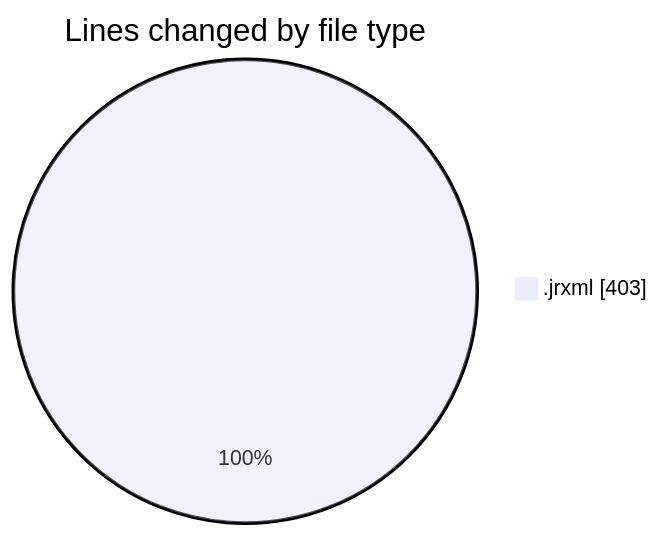
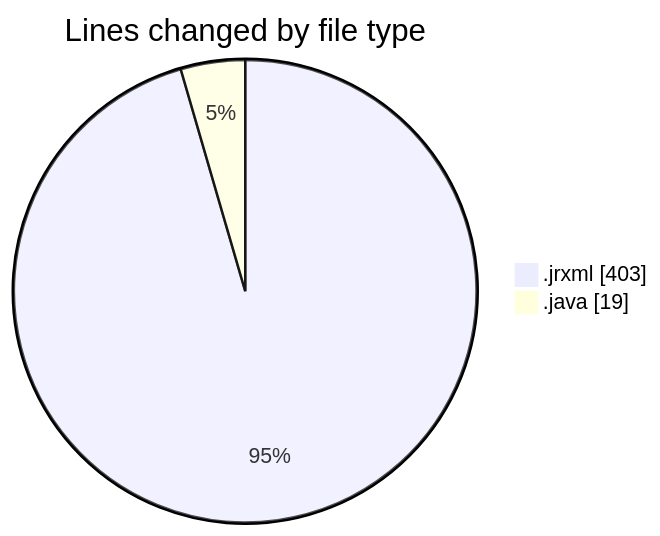
Before and after one commit to ricardozamudiocil/code-tracking: the first of 2 diagrams in 2026-09-17/cilreports__workspace_/README.md, drawn with Mermaid. The commit also changed other lines of this file and 1 other file, not shown here.

````diff
--- a/2026-09-17/cilreports__workspace_/README.md
+++ b/2026-09-17/cilreports__workspace_/README.md
@@ -21,5 +22,6 @@
 ```mermaid
 pie showData
 title Lines changed by file type
 ".jrxml" : 403
+".java" : 19
 ```
````
